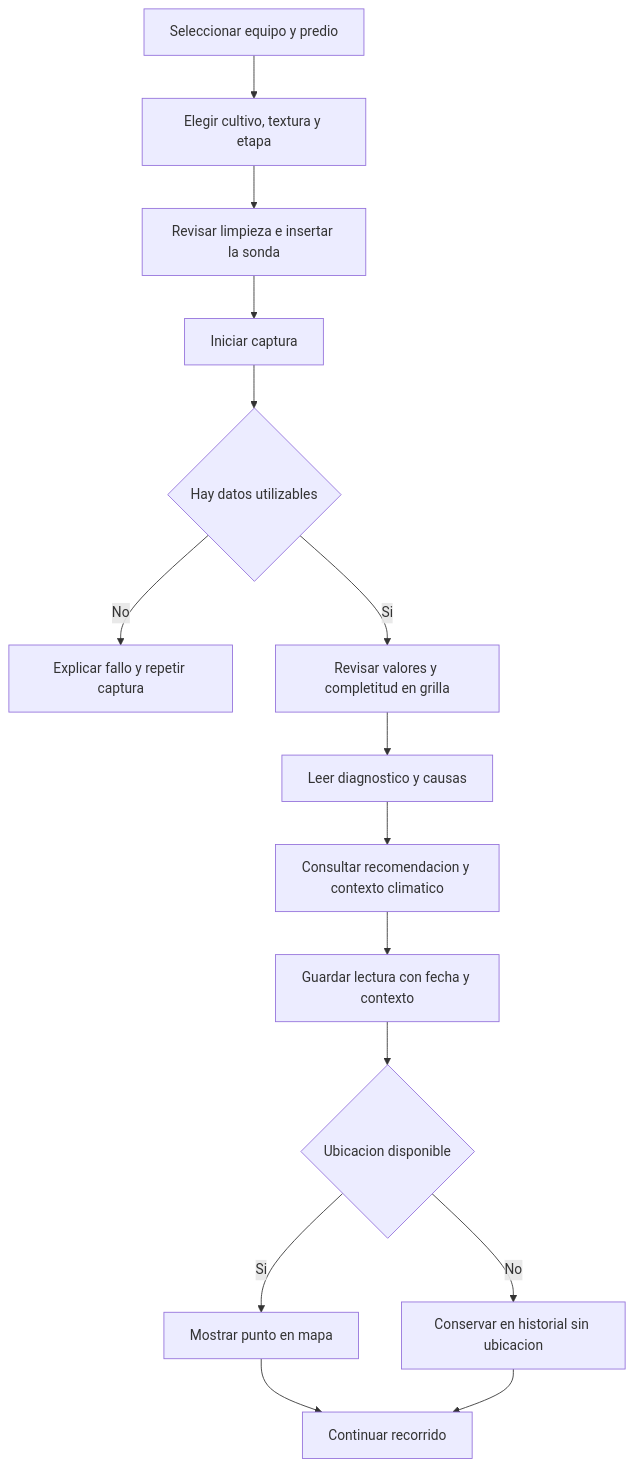
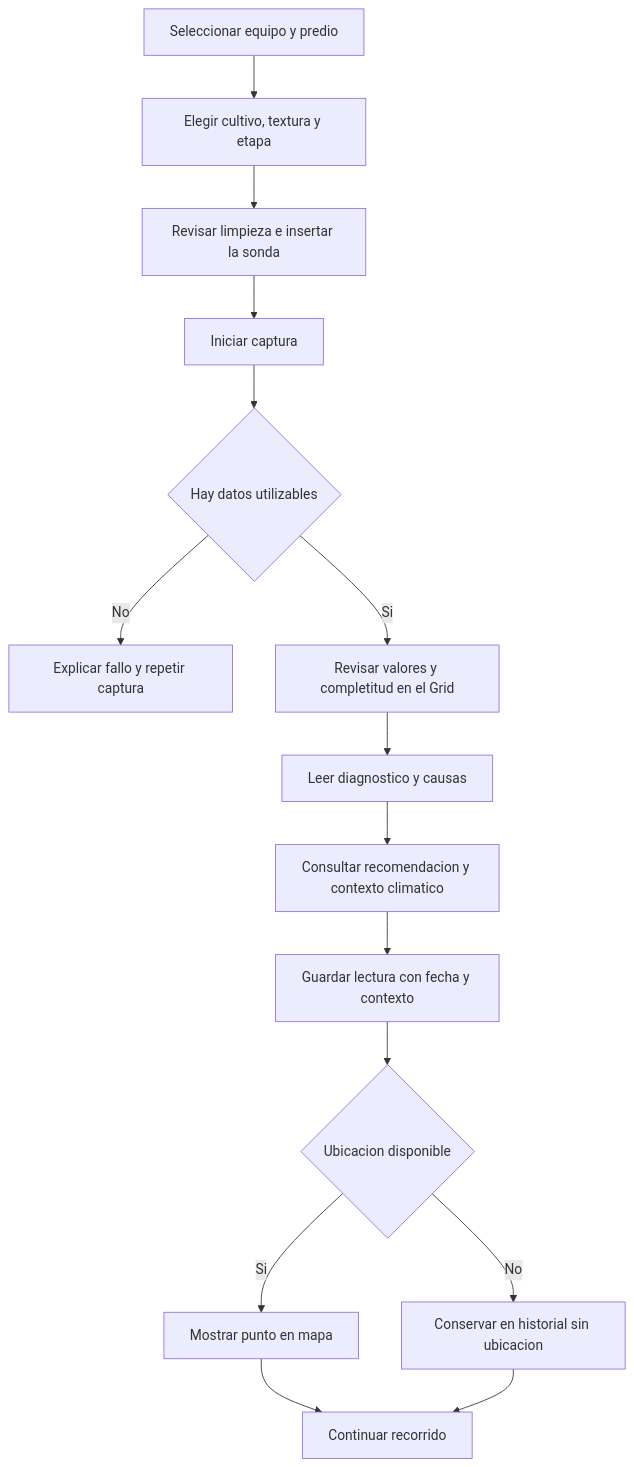
One commit to Alvarinhoooo7/TerraSence changed the seventh of 11 diagrams in docs/INFORME 1 .docx.md. Above: the diagram before and after it, drawn with Mermaid. The commit also changed other lines of this file and 20 other files, not shown here.

````diff
--- a/docs/INFORME 1 .docx.md
+++ b/docs/INFORME 1 .docx.md
@@ -1106,17 +1142,17 @@
 ```mermaid
 flowchart TD
     A[Seleccionar equipo y predio] --> B[Elegir cultivo, textura y etapa]
     B --> C[Revisar limpieza e insertar la sonda]
     C --> D[Iniciar captura]
     D --> E{Hay datos utilizables}
     E -->|No| F[Explicar fallo y repetir captura]
-    E -->|Si| G[Revisar valores y completitud en grilla]
+    E -->|Si| G[Revisar valores y completitud en el Grid]
     G --> H[Leer diagnostico y causas]
     H --> I[Consultar recomendacion y contexto climatico]
     I --> J[Guardar lectura con fecha y contexto]
     J --> K{Ubicacion disponible}
     K -->|Si| L[Mostrar punto en mapa]
     K -->|No| M[Conservar en historial sin ubicacion]
     L --> N[Continuar recorrido]
     M --> N
 ```
````
